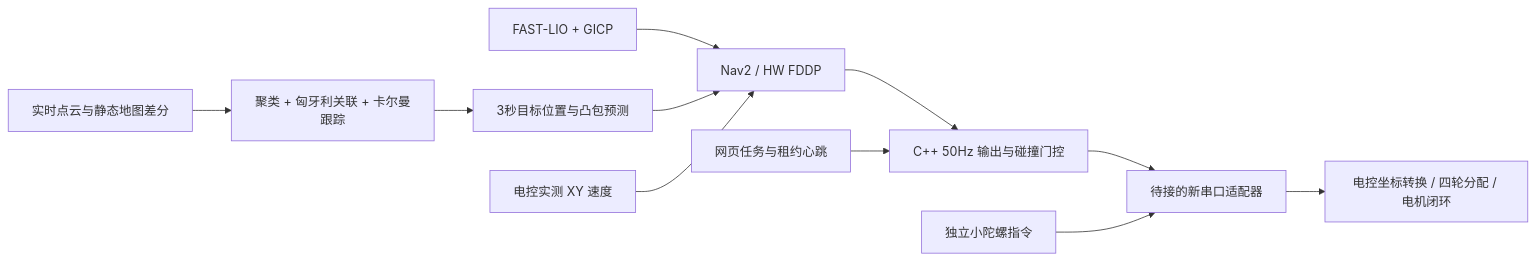
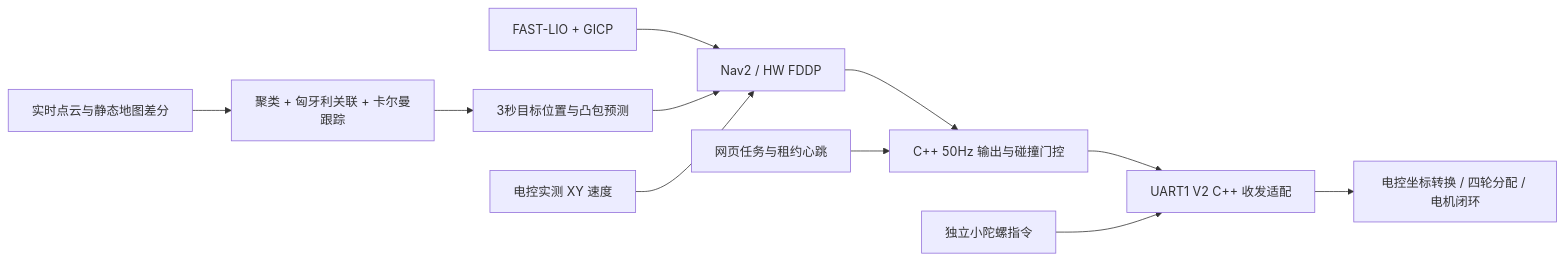
One commit to chenkl112/shaoshao-hw changed the diagram in deployment/HW全向导航方案.md. Above: the diagram before and after it, drawn with Mermaid. The commit also changed other lines of this file and 28 other files, not shown here.

````diff
--- a/deployment/HW全向导航方案.md
+++ b/deployment/HW全向导航方案.md
@@ -12,13 +12,13 @@
 ```mermaid
 flowchart LR
   L[FAST-LIO + GICP] --> C[Nav2 / HW FDDP]
   P[实时点云与静态地图差分] --> T[聚类 + 匈牙利关联 + 卡尔曼跟踪]
   T --> F[3秒目标位置与凸包预测]
   F --> C
   E[电控实测 XY 速度] --> C
   C --> R[C++ 50Hz 输出与碰撞门控]
   W[网页任务与租约心跳] --> R
-  R --> A[待接的新串口适配器]
+  R --> A[UART1 V2 C++ 收发适配]
   S[独立小陀螺指令] --> A
   A --> M[电控坐标转换 / 四轮分配 / 电机闭环]
 ```
````
